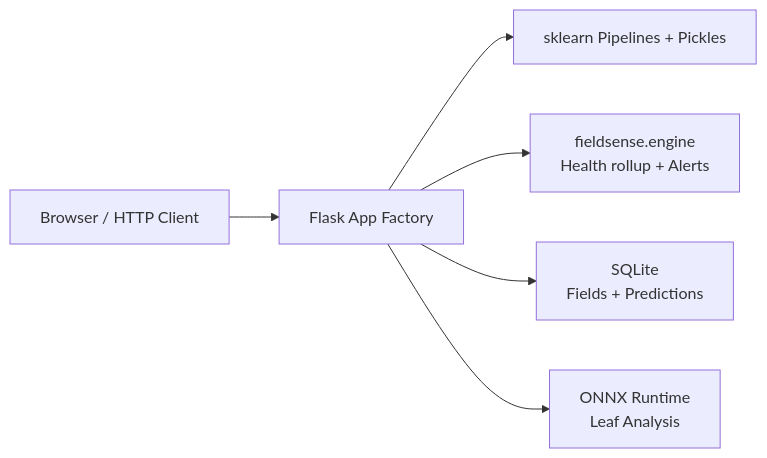
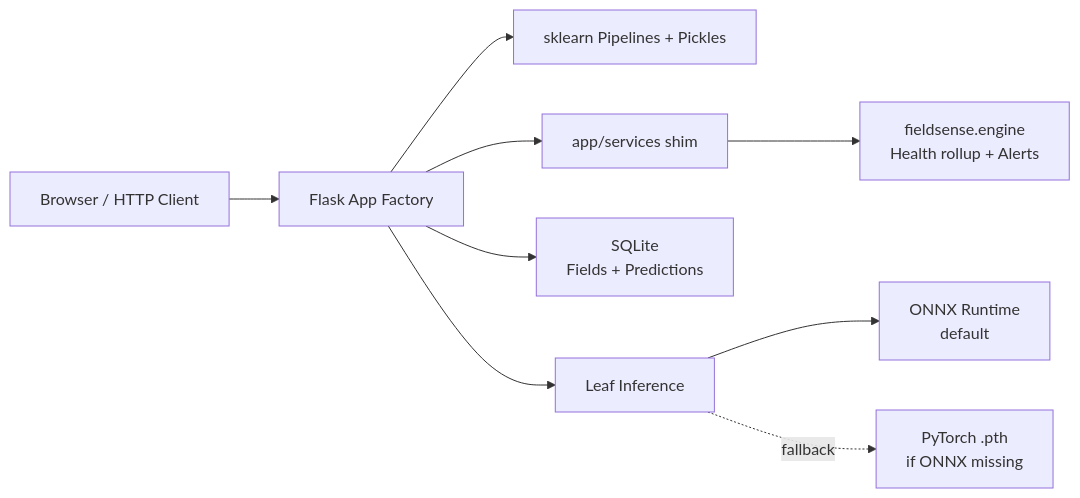
The diagram in README.md (rsd-darshan/FieldSense), drawn with Mermaid before and after one commit. The commit also changed other lines of this file and 5 other files, not shown here.

First line of the commit message:
stabilize local setup and align architecture docs

````diff
--- a/README.md
+++ b/README.md
@@ -55,8 +55,11 @@
 ```mermaid
 flowchart LR
     Browser[Browser / HTTP Client] --> Flask[Flask App Factory]
     Flask --> Sklearn[sklearn Pipelines + Pickles]
-    Flask --> Engine[fieldsense.engine<br/>Health rollup + Alerts]
+    Flask --> Services[app/services shim]
+    Services --> Engine[fieldsense.engine<br/>Health rollup + Alerts]
     Flask --> SQLite[SQLite<br/>Fields + Predictions]
-    Flask --> ONNX[ONNX Runtime<br/>Leaf Analysis]
+    Flask --> Leaf[Leaf Inference]
+    Leaf --> ONNX[ONNX Runtime<br/>default]
+    Leaf -. fallback .-> Torch[PyTorch .pth<br/>if ONNX missing]
 ```
````
